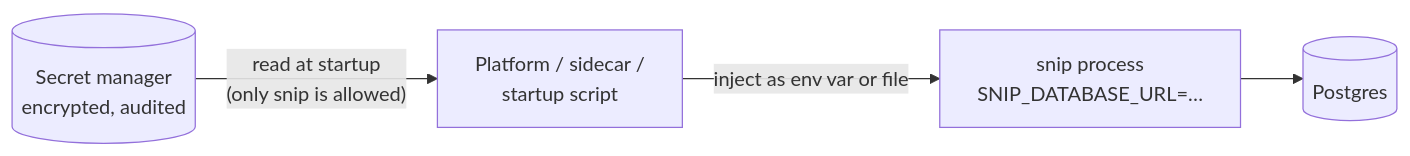
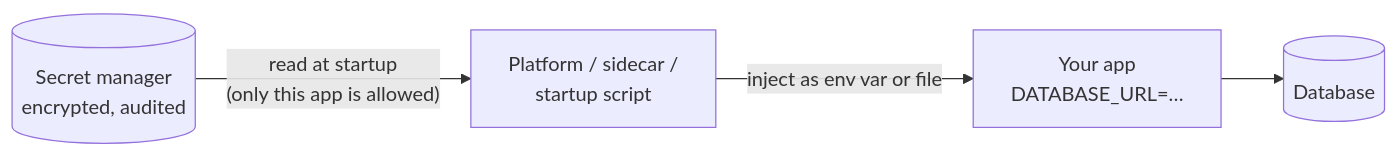
The diagram in docs/security/secrets-management.mdx (jawwadzafar/zero-to-prod), drawn with Mermaid before and after one commit. The commit also changed other lines of this file, not shown here.

Commit message:
docs: 7.6 secrets management teaches with generic examples first (env vars, a local Vault, the Uber 2016 key-in-repo breach with source); snip's real config, Secrets Manager wiring and OIDC deploy role move to an 'Apply it to snip' section

````diff
--- a/docs/security/secrets-management.mdx
+++ b/docs/security/secrets-management.mdx
@@ -86,6 +96,6 @@
 ```mermaid
 flowchart LR
-    SM[("Secret manager<br/>encrypted, audited")] -->|"read at startup<br/>(only snip is allowed)"| P["Platform / sidecar /<br/>startup script"]
-    P -->|"inject as env var or file"| S["snip process<br/>SNIP_DATABASE_URL=…"]
-    S --> DB[("Postgres")]
+    SM[("Secret manager<br/>encrypted, audited")] -->|"read at startup<br/>(only this app is allowed)"| P["Platform / sidecar /<br/>startup script"]
+    P -->|"inject as env var or file"| S["Your app<br/>DATABASE_URL=…"]
+    S --> DB[("Database")]
 ```
````
